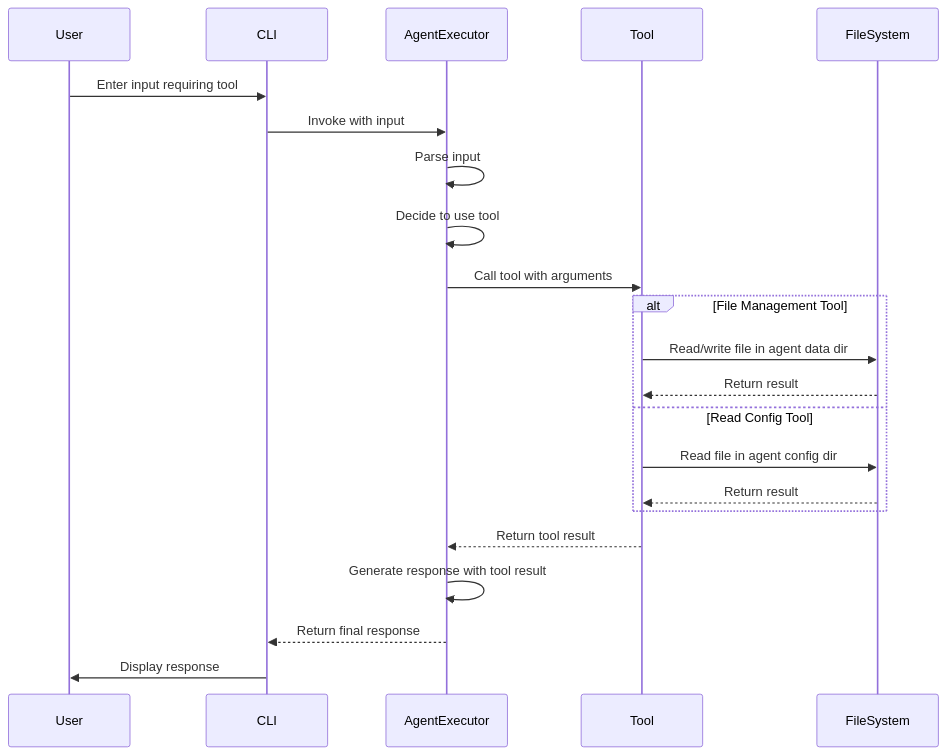
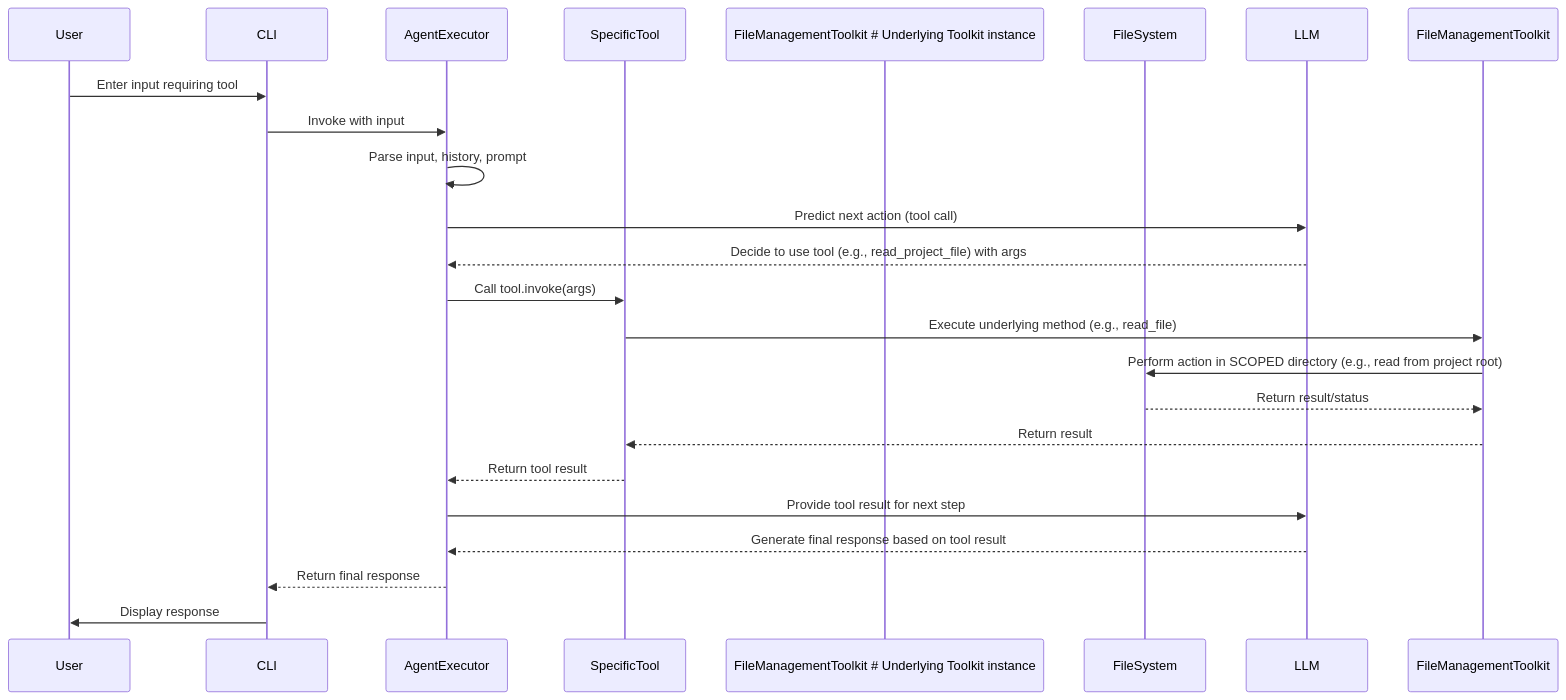
One commit to tim-o-private/llm-agent changed the sixth of 6 diagrams in memory-bank/systemPatterns.md. Above: the diagram before and after it, drawn with Mermaid. The commit also changed other lines of this file and 13 other files, not shown here.

Commit message:
Architect phase 1

````diff
--- a/memory-bank/systemPatterns.md
+++ b/memory-bank/systemPatterns.md
@@ -256,27 +270,28 @@
 ```mermaid
 sequenceDiagram
     participant User
     participant CLI
     participant AgentExecutor
-    participant Tool
+    participant SpecificTool # e.g., read_project_file
+    participant FileManagementToolkit # Underlying Toolkit instance
     participant FileSystem
     
     User->>CLI: Enter input requiring tool
     CLI->>AgentExecutor: Invoke with input
-    AgentExecutor->>AgentExecutor: Parse input
-    AgentExecutor->>AgentExecutor: Decide to use tool
-    AgentExecutor->>Tool: Call tool with arguments
+    AgentExecutor->>AgentExecutor: Parse input, history, prompt
+    AgentExecutor->>LLM: Predict next action (tool call)
+    LLM-->>AgentExecutor: Decide to use tool (e.g., read_project_file) with args
+    AgentExecutor->>SpecificTool: Call tool.invoke(args) # Matches configured tool name
     
-    alt File Management Tool
-        Tool->>FileSystem: Read/write file in agent data dir
-        FileSystem-->>Tool: Return result
-    else Read Config Tool
-        Tool->>FileSystem: Read file in agent config dir
-        FileSystem-->>Tool: Return result
-    end
+    # Internal Tool Logic (Example: File Management)
+    SpecificTool->>FileManagementToolkit: Execute underlying method (e.g., read_file)
+    FileManagementToolkit->>FileSystem: Perform action in SCOPED directory (e.g., read from project root)
+    FileSystem-->>FileManagementToolkit: Return result/status
+    FileManagementToolkit-->>SpecificTool: Return result
     
-    Tool-->>AgentExecutor: Return tool result
-    AgentExecutor->>AgentExecutor: Generate response with tool result
+    SpecificTool-->>AgentExecutor: Return tool result
+    AgentExecutor->>LLM: Provide tool result for next step
+    LLM-->>AgentExecutor: Generate final response based on tool result
     AgentExecutor-->>CLI: Return final response
     CLI->>User: Display response
 ```
````
